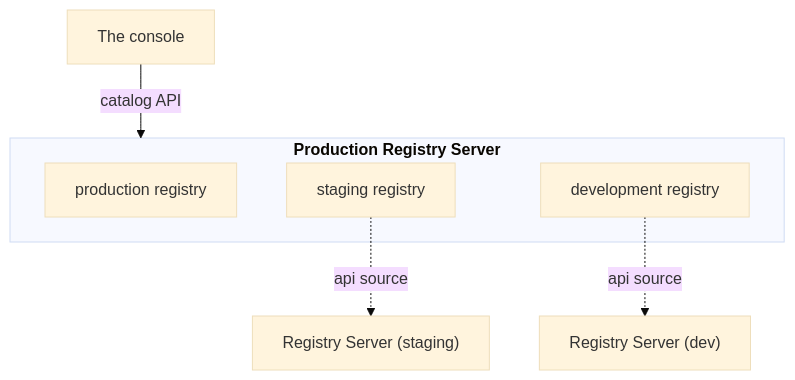
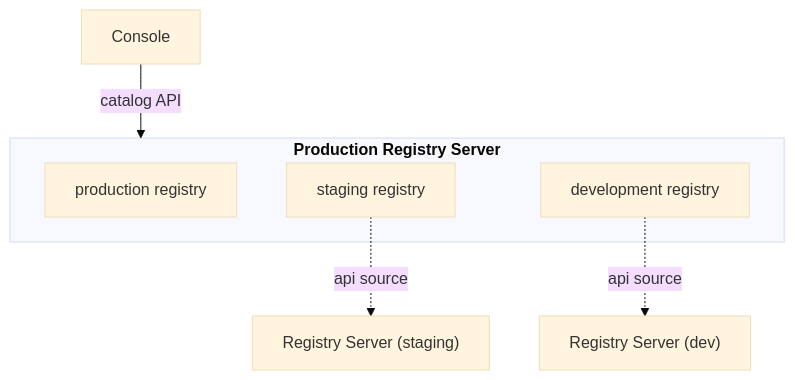
One commit to stacklok/docs-website changed the second of 2 diagrams in docs/platform/enterprise-platform/distributed-deployments.mdx. Above: the diagram before and after it, drawn with Mermaid (base theme). The commit also changed other lines of this file and 49 other files, not shown here.

````diff
--- a/docs/platform/enterprise-platform/distributed-deployments.mdx
+++ b/docs/platform/enterprise-platform/distributed-deployments.mdx
@@ -143,17 +118,17 @@
 ```mermaid
 flowchart TB
-  CloudUI["The console"]
+  CloudUI["Console"]
 
   subgraph Prod["<strong>Production Registry Server</strong>"]
     RegProd["production registry"]
     RegStage["staging registry"]
     RegDev["development registry"]
   end
 
   Stage["Registry Server (staging)"]
   Dev["Registry Server (dev)"]
 
   CloudUI -->|"catalog API"| Prod
   RegStage -.->|"api source"| Stage
   RegDev -.->|"api source"| Dev
 ```
````
